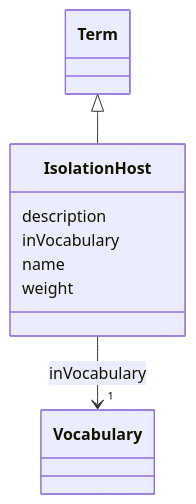
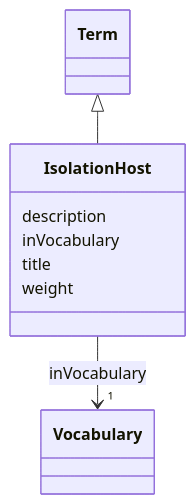
The diagram in models/docs/IsolationHost.md (EVORA-project/evora-ontology), drawn with Mermaid before and after one commit. The commit also changed other lines of this file and 435 other files, not shown here.

````diff
--- a/models/docs/IsolationHost.md
+++ b/models/docs/IsolationHost.md
@@ -19,24 +19,24 @@
 ```mermaid
  classDiagram
     class IsolationHost
     click IsolationHost href "../IsolationHost"
       Term <|-- IsolationHost
         click Term href "../Term"
       
       IsolationHost : description
         
       IsolationHost : inVocabulary
         
           
     
     
     IsolationHost --> "1" Vocabulary : inVocabulary
     click Vocabulary href "../Vocabulary"
 
         
-      IsolationHost : name
+      IsolationHost : title
         
       IsolationHost : weight
         
       
 ```
````
